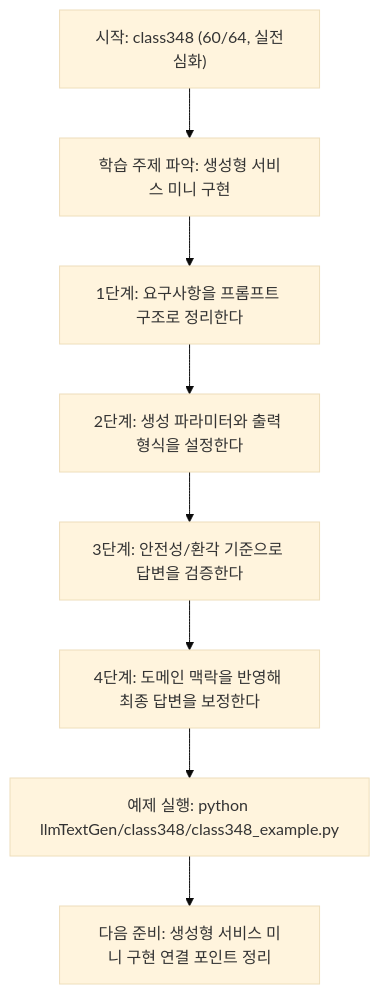
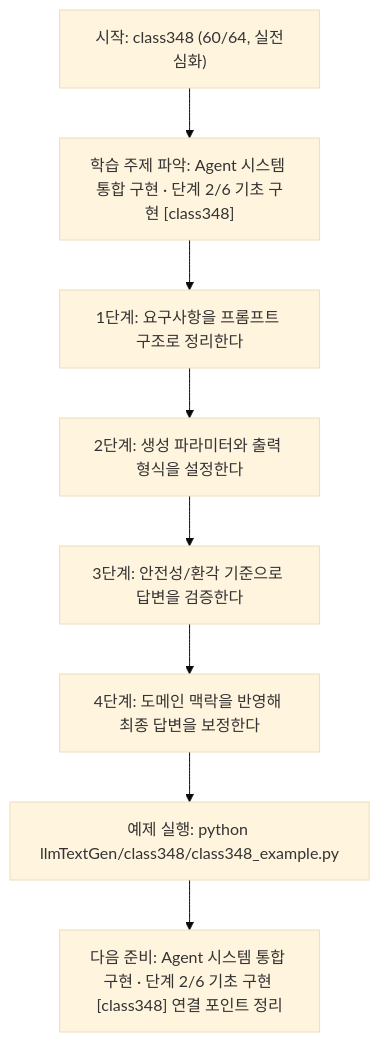
The diagram in llmTextGen/class348/class348.md (edumgt/Python-AI_Agent-Class), drawn with Mermaid (base theme) before and after one commit. The commit also changed other lines of this file and 522 other files, not shown here.

````diff
--- a/llmTextGen/class348/class348.md
+++ b/llmTextGen/class348/class348.md
@@ -114,18 +115,18 @@
 ```mermaid
 flowchart TD
 N1["시작: class348 (60/64, 실전심화)"]
-N2["학습 주제 파악: 생성형 서비스 미니 구현"]
+N2["학습 주제 파악: Agent 시스템 통합 구현 · 단계 2/6 기초 구현 [class348]"]
 N3["1단계: 요구사항을 프롬프트 구조로 정리한다"]
 N4["2단계: 생성 파라미터와 출력 형식을 설정한다"]
 N5["3단계: 안전성/환각 기준으로 답변을 검증한다"]
 N6["4단계: 도메인 맥락을 반영해 최종 답변을 보정한다"]
 N7["예제 실행: python llmTextGen/class348/class348_example.py"]
-N8["다음 준비: 생성형 서비스 미니 구현 연결 포인트 정리"]
+N8["다음 준비: Agent 시스템 통합 구현 · 단계 2/6 기초 구현 [class348] 연결 포인트 정리"]
 N1 --> N2
 N2 --> N3
 N3 --> N4
 N4 --> N5
 N5 --> N6
 N6 --> N7
 N7 --> N8
 ```
````
